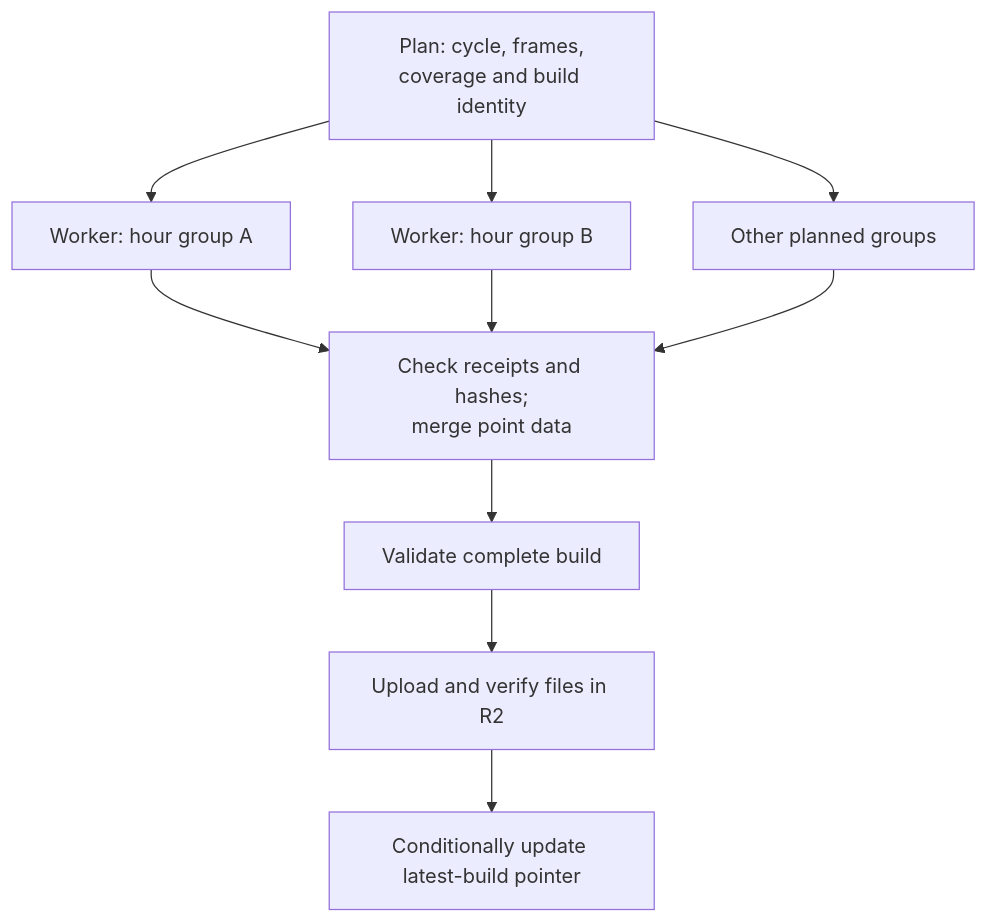
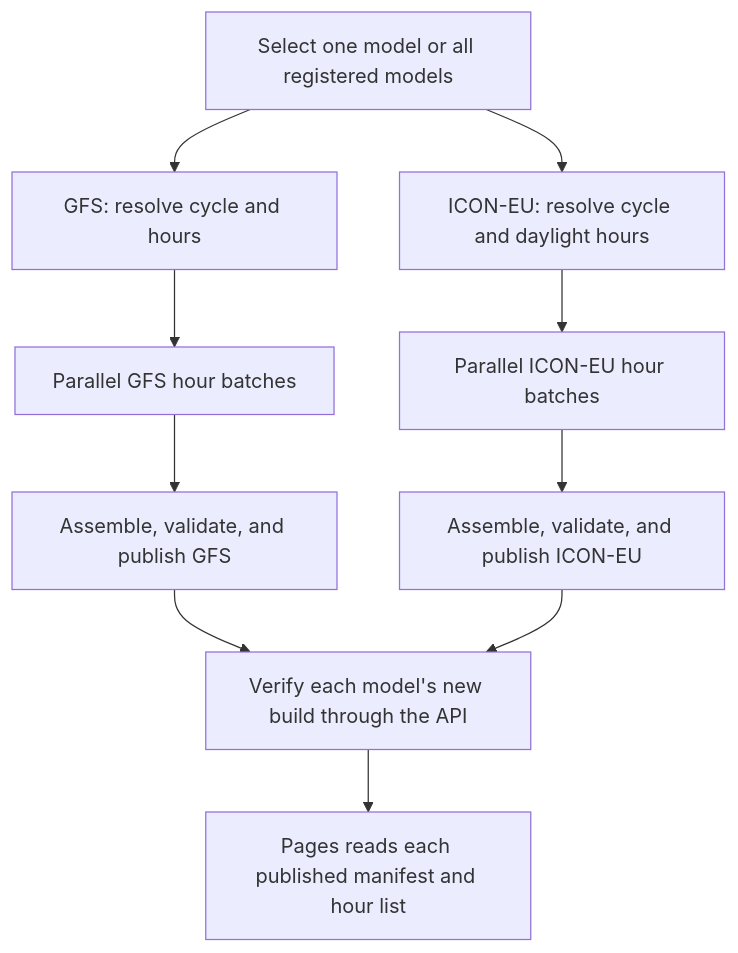
Before and after one commit to jdorrance/av-layers: the diagram in apps/batch/README.md, drawn with Mermaid. The commit also changed other lines of this file and 29 other files, not shown here.

Commit message:
Build forecast models in parallel and refresh published forecasts

````diff
--- a/apps/batch/README.md
+++ b/apps/batch/README.md
@@ -63,13 +65,13 @@
 ```mermaid
 flowchart TB
-  plan["Plan: cycle, frames,<br/>coverage and build identity"]
-  plan --> a["Worker: hour group A"]
-  plan --> b["Worker: hour group B"]
-  plan --> rest["Other planned groups"]
-  a --> assembly["Check receipts and hashes;<br/>merge point data"]
-  b --> assembly
-  rest --> assembly
-  assembly --> validate["Validate complete build"]
-  validate --> upload["Upload and verify files in R2"]
-  upload --> latest["Conditionally update latest-build pointer"]
+  selection["Select one model or all registered models"]
+  selection --> gfs["GFS: resolve cycle and hours"]
+  selection --> icon["ICON-EU: resolve cycle and daylight hours"]
+  gfs --> gfsBatches["Parallel GFS hour batches"]
+  icon --> iconBatches["Parallel ICON-EU hour batches"]
+  gfsBatches --> gfsPublish["Assemble, validate, and publish GFS"]
+  iconBatches --> iconPublish["Assemble, validate, and publish ICON-EU"]
+  gfsPublish --> api["Verify each model's new build through the API"]
+  iconPublish --> api
+  api --> pages["Pages reads each published manifest and hour list"]
 ```
````
